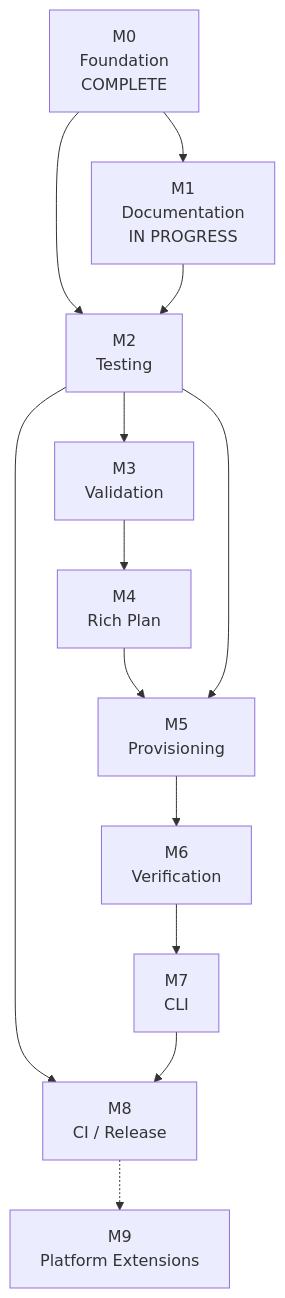
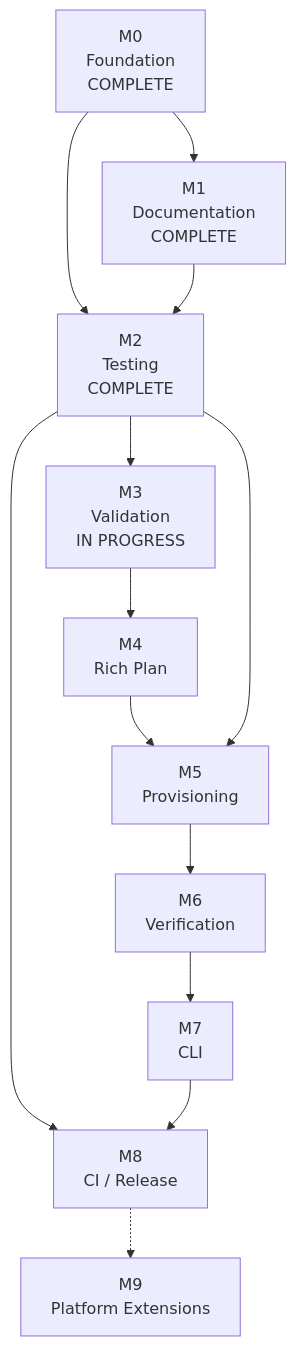
The diagram in Documentation/Roadmap/MILESTONES.md (ChrisLThompson/CareerOS.Bootstrap), drawn with Mermaid before and after one commit. The commit also changed other lines of this file and 15 other files, not shown here.

Commit message:
docs: synchronize m3 validation documentation

````diff
--- a/Documentation/Roadmap/MILESTONES.md
+++ b/Documentation/Roadmap/MILESTONES.md
@@ -885,26 +994,26 @@
 ```mermaid
 flowchart TD
     M0["M0<br/>Foundation<br/>COMPLETE"]
-    M1["M1<br/>Documentation<br/>IN PROGRESS"]
-    M2["M2<br/>Testing"]
-    M3["M3<br/>Validation"]
+    M1["M1<br/>Documentation<br/>COMPLETE"]
+    M2["M2<br/>Testing<br/>COMPLETE"]
+    M3["M3<br/>Validation<br/>IN PROGRESS"]
     M4["M4<br/>Rich Plan"]
     M5["M5<br/>Provisioning"]
     M6["M6<br/>Verification"]
     M7["M7<br/>CLI"]
     M8["M8<br/>CI / Release"]
     M9["M9<br/>Platform Extensions"]
 
     M0 --> M1
     M0 --> M2
     M1 --> M2
     M2 --> M3
     M3 --> M4
     M4 --> M5
     M2 --> M5
     M5 --> M6
     M6 --> M7
     M2 --> M8
     M7 --> M8
     M8 -.-> M9
 ```
````
